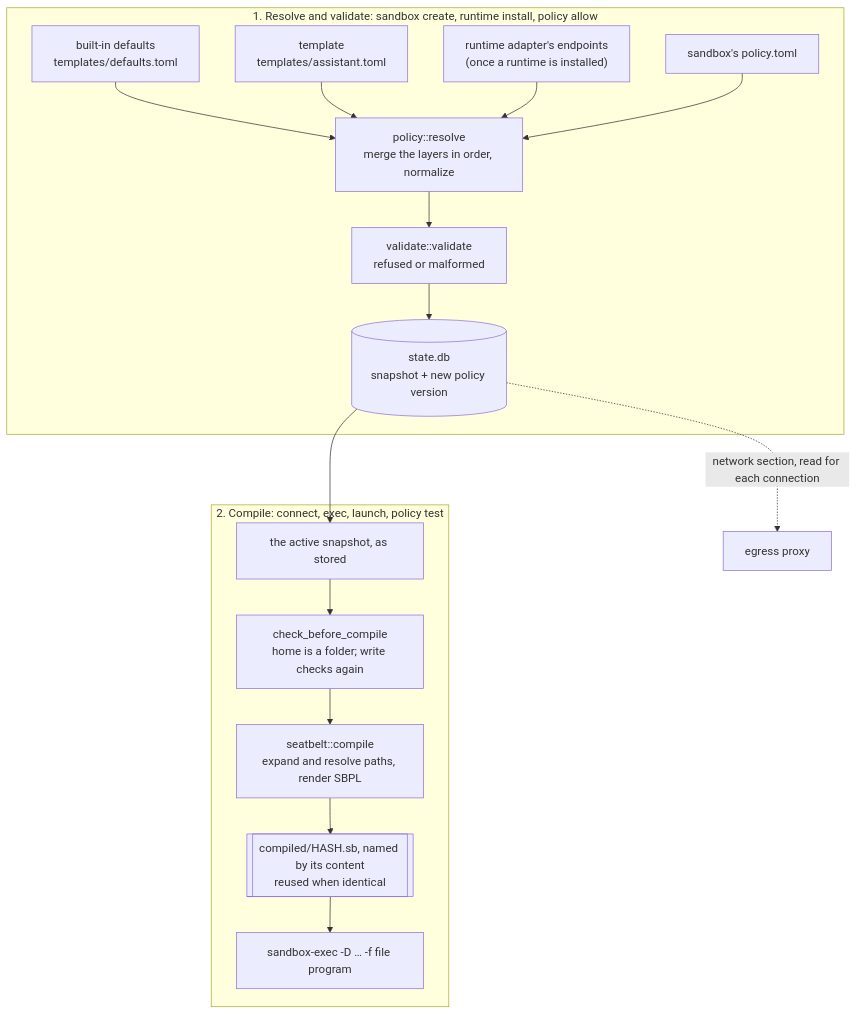
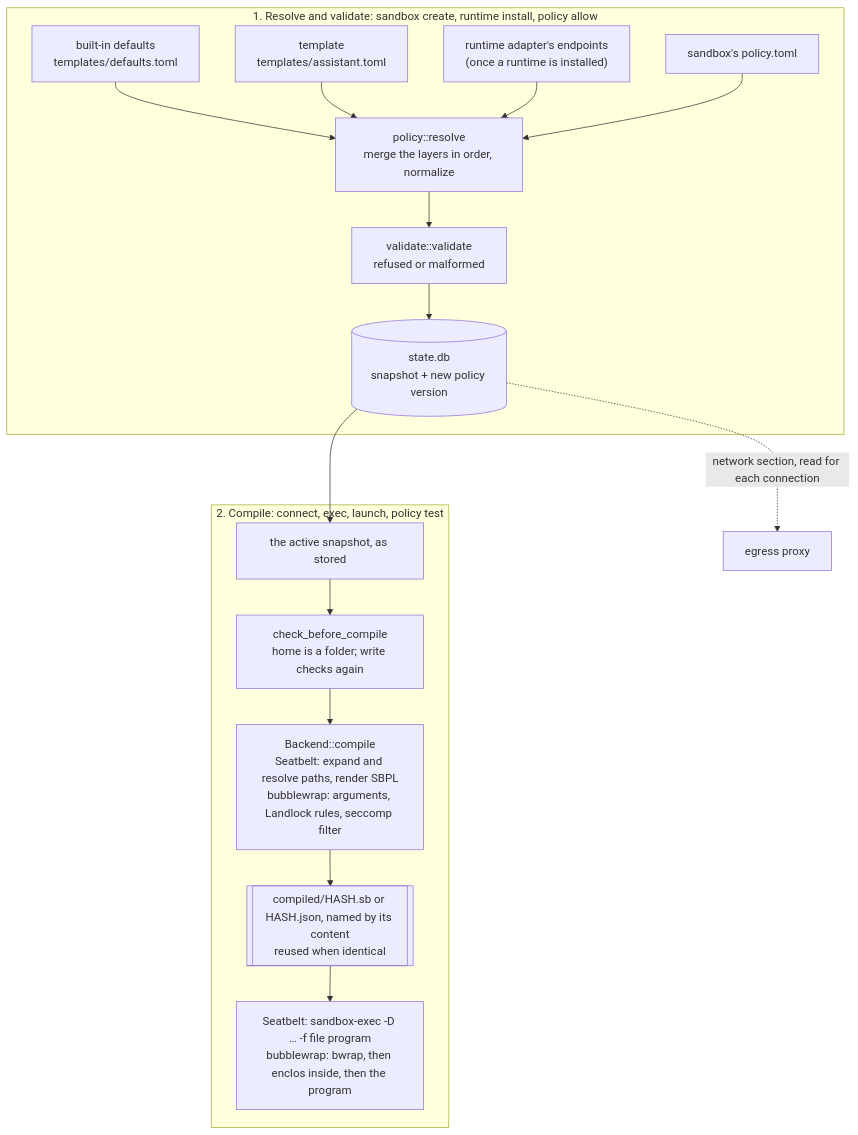
The diagram in docs/policy-compilation.md (victorbonnet/enclos), drawn with Mermaid before and after one commit. The commit also changed other lines of this file and 14 other files, not shown here.

First line of the commit message:
fix: sandbox create uses the host's default backend; release 0.4.0 (#247)

````diff
--- a/docs/policy-compilation.md
+++ b/docs/policy-compilation.md
@@ -12,29 +12,29 @@
 ```mermaid
 flowchart TB
   subgraph resolve["1. Resolve and validate: sandbox create, runtime install, policy allow"]
     defaults["built-in defaults<br/>templates/defaults.toml"]
     template["template<br/>templates/assistant.toml"]
     adapter["runtime adapter's endpoints<br/>(once a runtime is installed)"]
     toml["sandbox's policy.toml"]
     merge["policy::resolve<br/>merge the layers in order, normalize"]
     check["validate::validate<br/>refused or malformed"]
     store[("state.db<br/>snapshot + new policy version")]
     defaults --> merge
     template --> merge
     adapter --> merge
     toml --> merge
     merge --> check --> store
   end
 
   subgraph compile["2. Compile: connect, exec, launch, policy test"]
     active["the active snapshot, as stored"]
     pre["check_before_compile<br/>home is a folder; write checks again"]
-    sb["seatbelt::compile<br/>expand and resolve paths, render SBPL"]
-    file[["compiled/HASH.sb, named by its content<br/>reused when identical"]]
-    wrap["sandbox-exec -D … -f file program"]
+    sb["Backend::compile<br/>Seatbelt: expand and resolve paths, render SBPL<br/>bubblewrap: arguments, Landlock rules, seccomp filter"]
+    file[["compiled/HASH.sb or HASH.json, named by its content<br/>reused when identical"]]
+    wrap["Seatbelt: sandbox-exec -D … -f file program<br/>bubblewrap: bwrap, then enclos inside, then the program"]
     active --> pre --> sb --> file --> wrap
   end
 
   store --> active
   store -.->|"network section, read for each connection"| proxy["egress proxy"]
 ```
````
